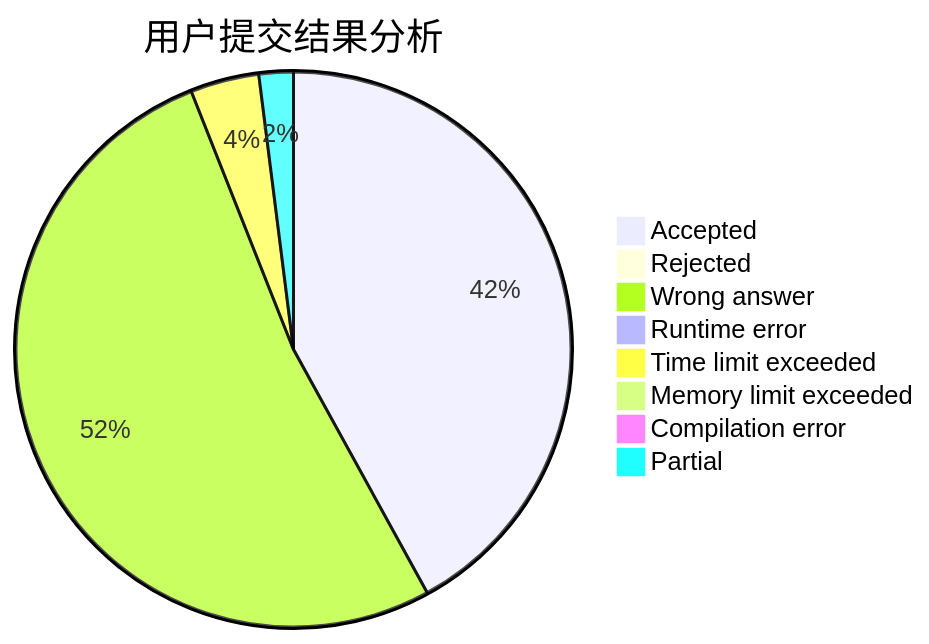
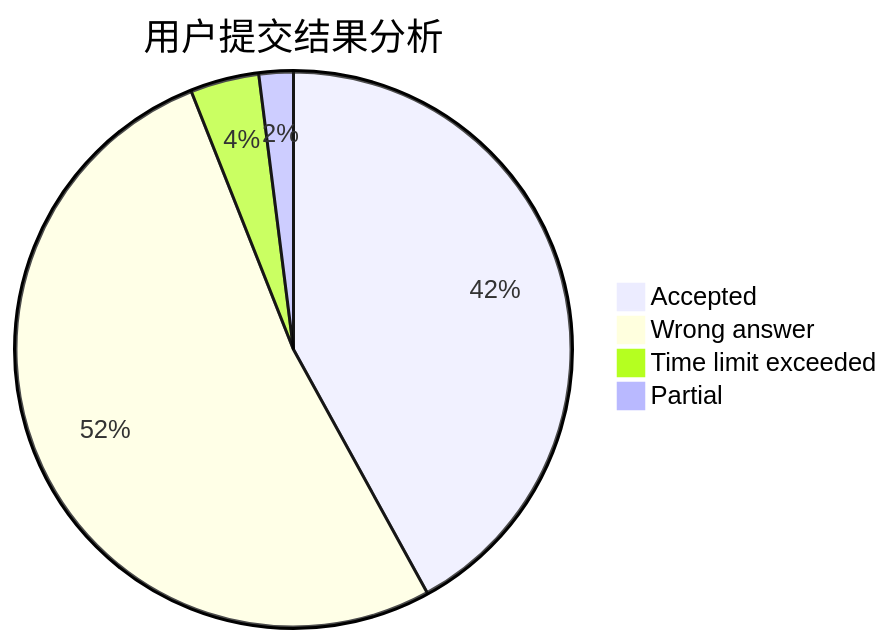
Before and after one commit to sherpahu/cfrs.github.io: the first of 3 diagrams in docs/user/u936.md, drawn with Mermaid. The commit also changed 2770 other files, not shown here.

````diff
--- a/docs/user/u936.md
+++ b/docs/user/u936.md
@@ -5,11 +5,7 @@
 ```mermaid
 pie title 用户提交结果分析
     "Accepted" :  21
-    "Rejected" :  0
     "Wrong answer" :  26
-    "Runtime error" :  0
     "Time limit exceeded" :  2
-    "Memory limit exceeded" :  0
-    "Compilation error" :  0
     "Partial" :  1
 ```
````
